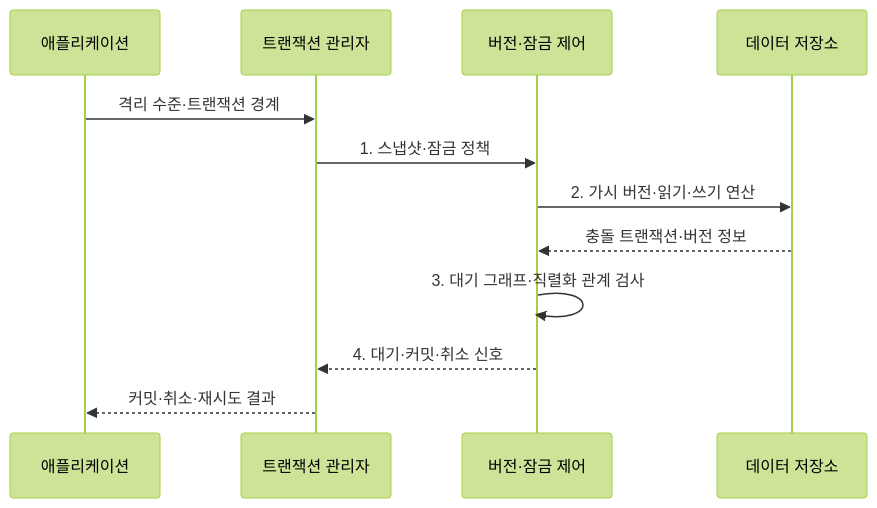
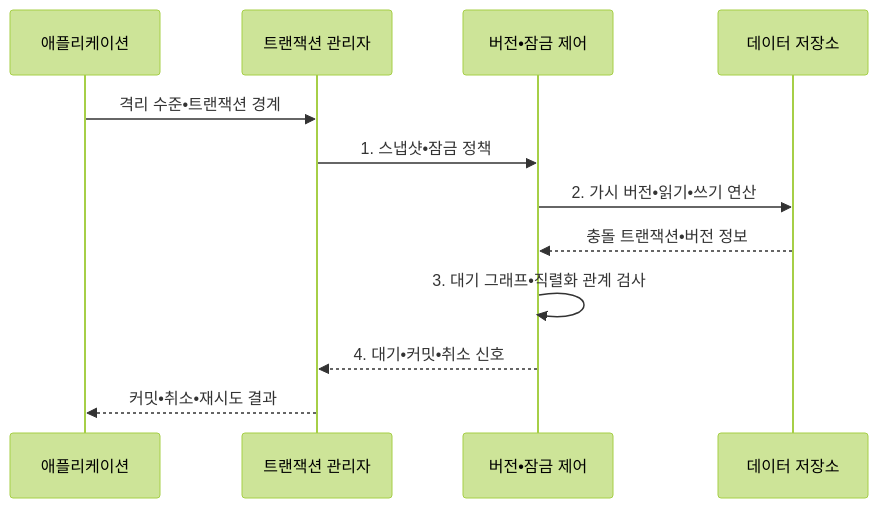
Before and after one commit to agnusdei1207/knowledge-base: the second of 2 diagrams in src/content/docs/notes/03-software/086_transaction_isolation_levels.md, drawn with Mermaid (forest theme). The commit also changed other lines of this file and 953 other files, not shown here.

````diff
--- a/src/content/docs/notes/03-software/086_transaction_isolation_levels.md
+++ b/src/content/docs/notes/03-software/086_transaction_isolation_levels.md
@@ -103,14 +103,14 @@
 ```mermaid
 sequenceDiagram
     participant A as 애플리케이션
     participant T as 트랜잭션 관리자
-    participant V as 버전·잠금 제어
+    participant V as 버전•잠금 제어
     participant D as 데이터 저장소
-    A->>T: 격리 수준·트랜잭션 경계
-    T->>V: 1. 스냅샷·잠금 정책
-    V->>D: 2. 가시 버전·읽기·쓰기 연산
-    D-->>V: 충돌 트랜잭션·버전 정보
-    V->>V: 3. 대기 그래프·직렬화 관계 검사
-    V-->>T: 4. 대기·커밋·취소 신호
-    T-->>A: 커밋·취소·재시도 결과
+    A->>T: 격리 수준•트랜잭션 경계
+    T->>V: 1. 스냅샷•잠금 정책
+    V->>D: 2. 가시 버전•읽기•쓰기 연산
+    D-->>V: 충돌 트랜잭션•버전 정보
+    V->>V: 3. 대기 그래프•직렬화 관계 검사
+    V-->>T: 4. 대기•커밋•취소 신호
+    T-->>A: 커밋•취소•재시도 결과
 ```
````
